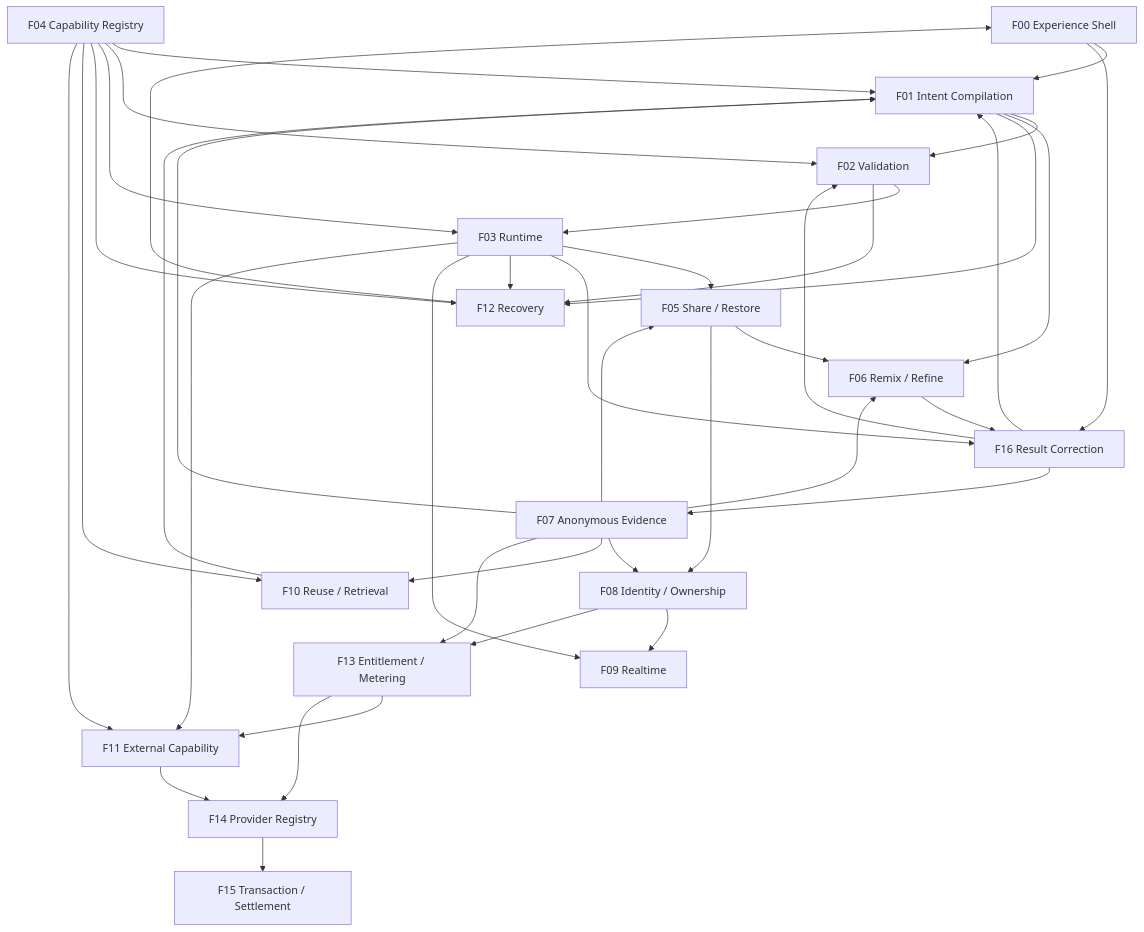
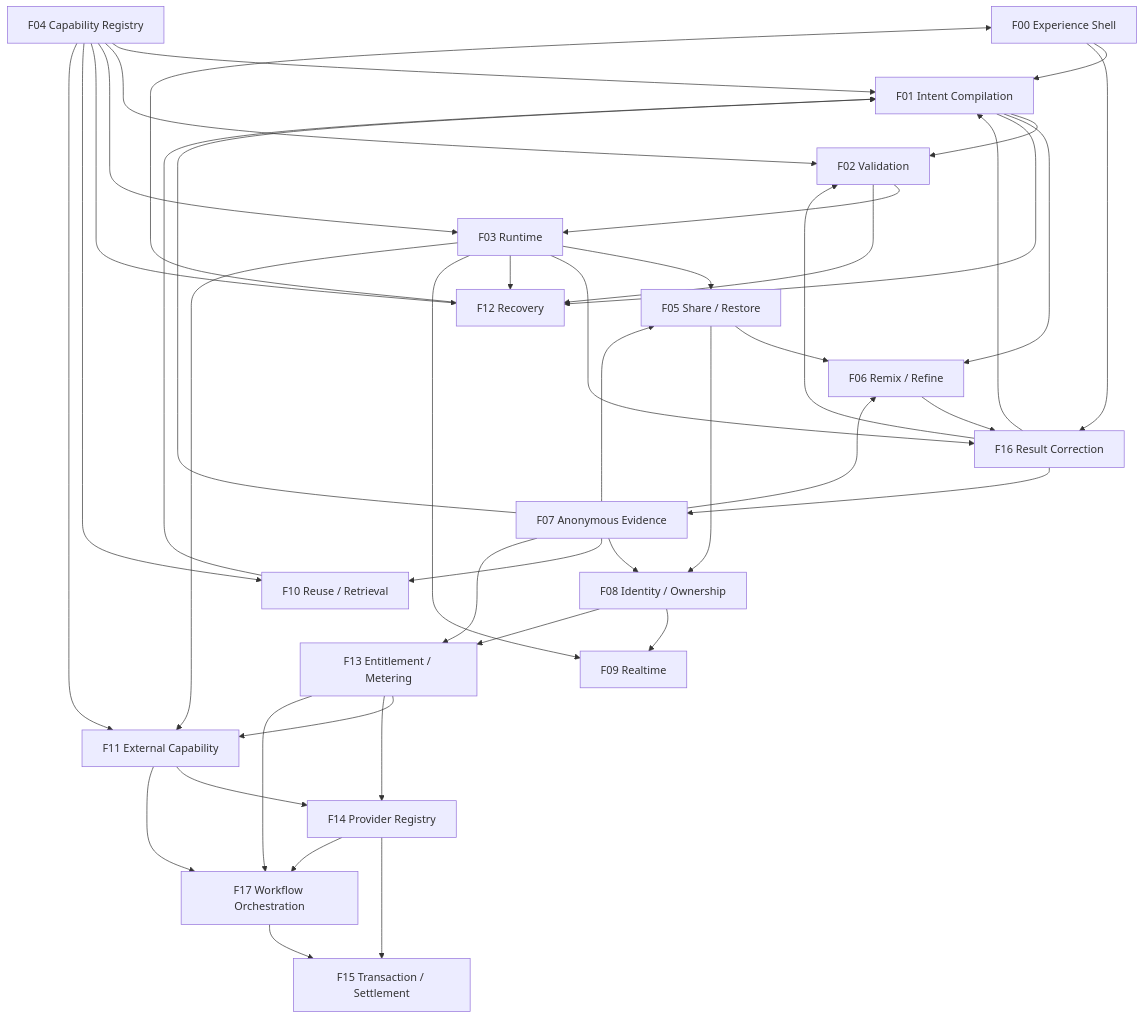
Before and after one commit to NFF98/NodeFF: the diagram in working/APP-DETAILED-DESIGN.md, drawn with Mermaid. The commit also changed other lines of this file, not shown here.

Commit message:
docs: add long-term heterogeneous orchestration function

```diff
--- a/working/APP-DETAILED-DESIGN.md
+++ b/working/APP-DETAILED-DESIGN.md
@@ -76,71 +77,76 @@
 ~~~mermaid
 flowchart TD
     F00[F00 Experience Shell]
     F01[F01 Intent Compilation]
     F02[F02 Validation]
     F03[F03 Runtime]
     F04[F04 Capability Registry]
     F05[F05 Share / Restore]
     F06[F06 Remix / Refine]
     F07[F07 Anonymous Evidence]
     F12[F12 Recovery]
     F16[F16 Result Correction]
 
     F08[F08 Identity / Ownership]
     F09[F09 Realtime]
     F10[F10 Reuse / Retrieval]
     F13[F13 Entitlement / Metering]
 
     F11[F11 External Capability]
     F14[F14 Provider Registry]
     F15[F15 Transaction / Settlement]
+    F17[F17 Workflow Orchestration]
 
     F00 --> F01
     F04 --> F01
     F01 --> F02
     F04 --> F02
     F02 --> F03
     F04 --> F03
 
     F03 --> F05
     F05 --> F06
     F01 --> F06
 
     F07 --> F01
     F07 --> F05
     F07 --> F06
 
     F00 --> F16
     F03 --> F16
     F06 --> F16
     F16 --> F01
     F16 --> F02
     F16 --> F07
 
     F12 --> F00
     F01 --> F12
     F02 --> F12
     F03 --> F12
     F04 --> F12
 
     F07 --> F08
     F05 --> F08
 
     F04 --> F10
     F07 --> F10
     F10 --> F01
 
     F03 --> F09
     F08 --> F09
 
     F04 --> F11
     F03 --> F11
     F13 --> F11
 
     F08 --> F13
     F07 --> F13
 
     F11 --> F14
     F13 --> F14
     F14 --> F15
+    F11 --> F17
+    F13 --> F17
+    F14 --> F17
+    F17 --> F15
 ~~~
```
